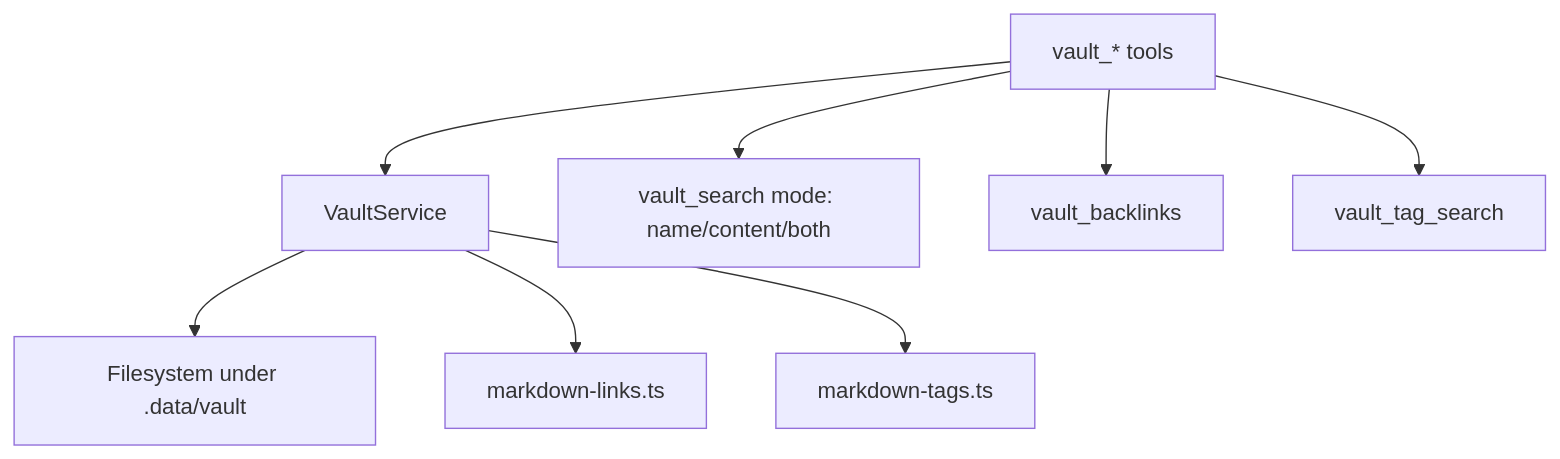
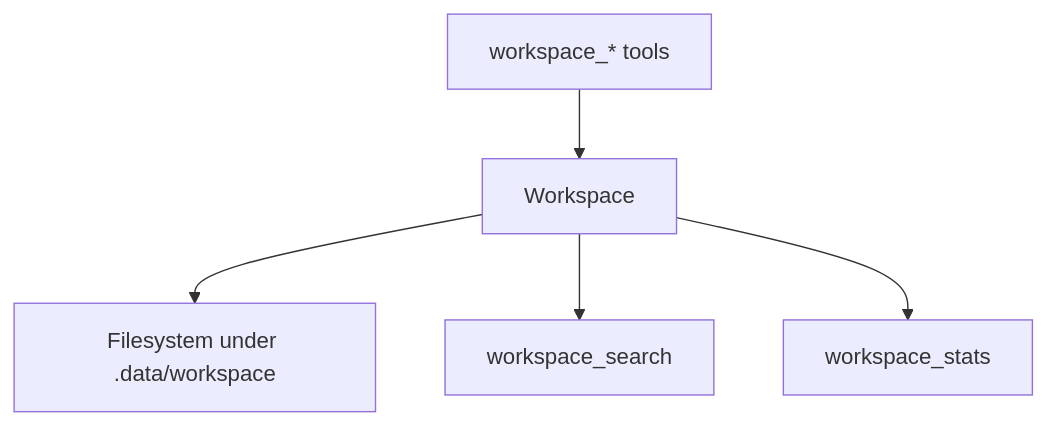
The fifth of 5 diagrams in docs/architecture/coding-architecture.md (alexradunet/pocketbrain), drawn with Mermaid before and after one commit. The commit also changed other lines of this file and 29 other files, not shown here.

````diff
--- a/docs/architecture/coding-architecture.md
+++ b/docs/architecture/coding-architecture.md
@@ -111,12 +112,8 @@
 ```mermaid
 flowchart TD
-  Tool[vault_* tools]
-  Tool --> VS[VaultService]
-  VS --> FS[Filesystem under .data/vault]
-  VS --> Links[markdown-links.ts]
-  VS --> Tags[markdown-tags.ts]
-
-  Tool --> Search[vault_search mode: name/content/both]
-  Tool --> Backlinks[vault_backlinks]
-  Tool --> TagSearch[vault_tag_search]
+  Tool[workspace_* tools]
+  Tool --> WS[Workspace]
+  WS --> FS[Filesystem under .data/workspace]
+  WS --> Search[workspace_search]
+  WS --> Stats[workspace_stats]
 ```
````
